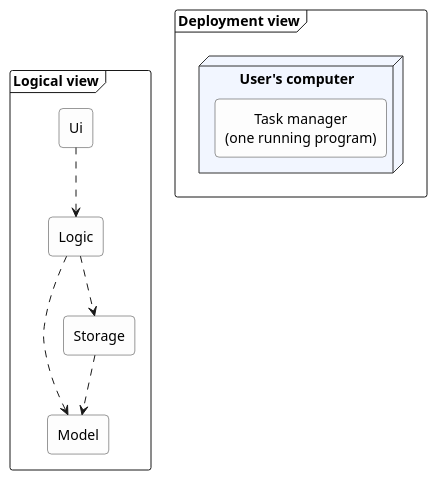
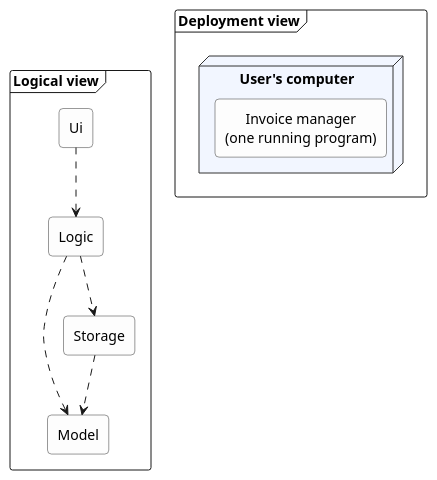
One commit to se-edu/se-book changed the diagram in architecture/architectureDiagrams/views/images/twoViews.puml. Above: the diagram before and after it, drawn with PlantUML. The commit also changed 5 other files, not shown here.

First line of the commit message:
architecture: Unify the running example on the invoice manager

```diff
--- a/architecture/architectureDiagrams/views/images/twoViews.puml
+++ b/architecture/architectureDiagrams/views/images/twoViews.puml
@@ -1,29 +1,29 @@
 @startuml
 skinparam backgroundColor transparent
 skinparam shadowing false
 skinparam defaultTextAlignment center
 skinparam rectangle {
   BackgroundColor #FDFDFD
   BorderColor #333333
   roundCorner 8
 }
 skinparam node {
   BackgroundColor #F2F6FF
   BorderColor #333333
 }
 frame "Logical view" {
   rectangle "Ui" as ui
   rectangle "Logic" as logic
   rectangle "Model" as model
   rectangle "Storage" as storage
   ui ..> logic
   logic ..> model
   logic ..> storage
   storage ..> model
 }
 frame "Deployment view" {
   node "User's computer" {
-    rectangle "Task manager\n(one running program)" as app
+    rectangle "Invoice manager\n(one running program)" as app
   }
 }
 @enduml
```
